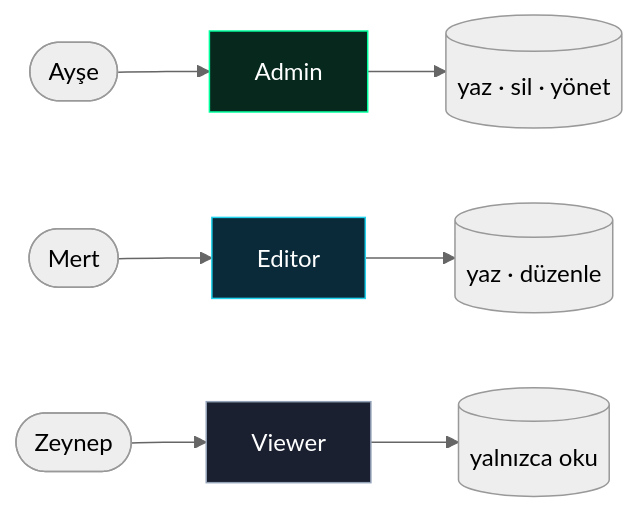
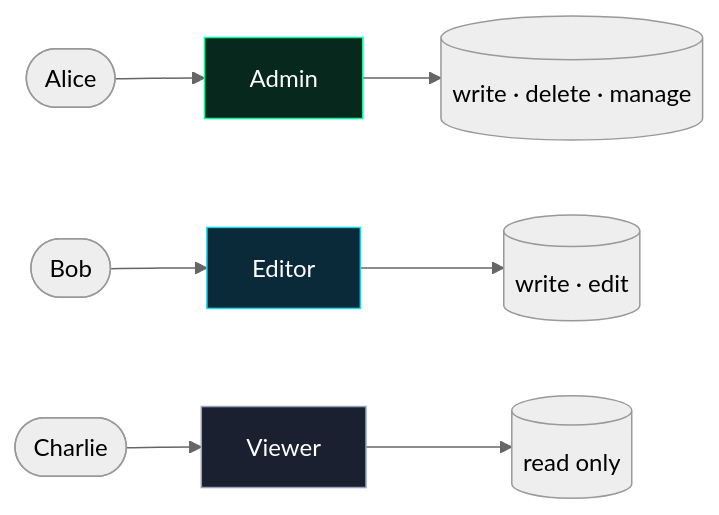
Before and after one commit to MYounesDev/auth-presentation: the second of 3 diagrams in slides.md, drawn with Mermaid (neutral theme). The commit also changed other lines of this file and 1 other file, not shown here.

````diff
--- a/slides.md
+++ b/slides.md
@@ -276,12 +275,12 @@
 ```mermaid {theme:'dark', scale: 0.78}
 flowchart LR
-    U1([Ayşe]) --> R1[Admin]
-    U2([Mert]) --> R2[Editor]
-    U3([Zeynep]) --> R3[Viewer]
-    R1 --> P1[("yaz · sil · yönet")]
-    R2 --> P2[("yaz · düzenle")]
-    R3 --> P3[("yalnızca oku")]
+    U1([Alice]) --> R1[Admin]
+    U2([Bob]) --> R2[Editor]
+    U3([Charlie]) --> R3[Viewer]
+    R1 --> P1[("write · delete · manage")]
+    R2 --> P2[("write · edit")]
+    R3 --> P3[("read only")]
     style R1 fill:#06281d,stroke:#00ff9c,color:#fff
     style R2 fill:#0a2a3a,stroke:#22d3ee,color:#fff
     style R3 fill:#1a2030,stroke:#94a3b8,color:#fff
 ```
````
